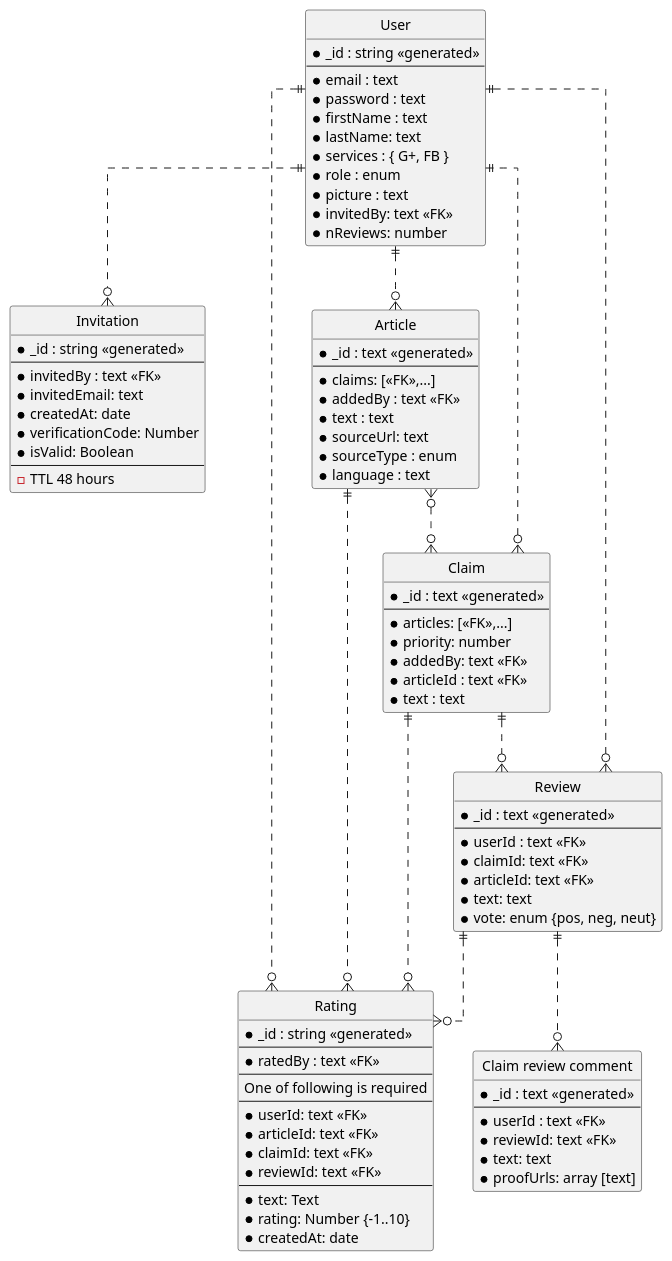
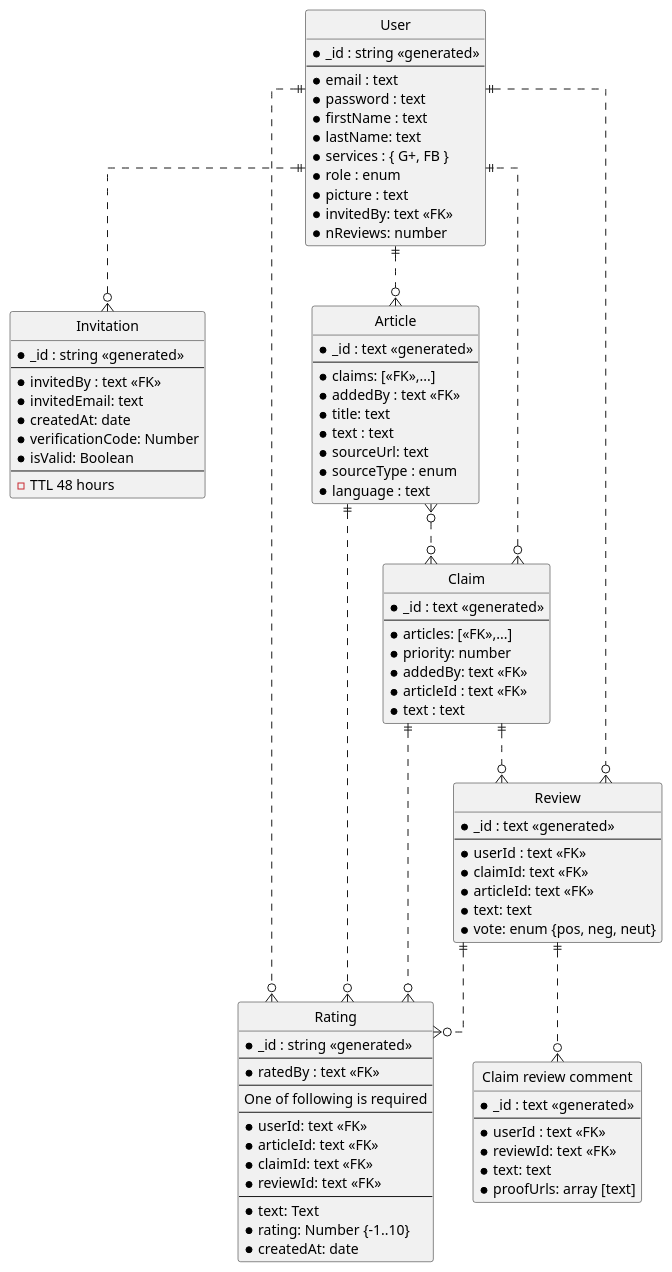
Before and after one commit to aic-factcheck/fact_checking_be: the diagram in sys_docs/entity_relations.puml, drawn with PlantUML. The commit also changed 3 other files, not shown here.

```diff
--- a/sys_docs/entity_relations.puml
+++ b/sys_docs/entity_relations.puml
@@ -1,102 +1,103 @@
 @startuml
 ' hide the spot
 hide circle
 
 ' avoid problems with angled crows feet
 skinparam linetype ortho
 
 entity "User" as user {
   *_id : string <<generated>>
   --
   *email : text
   *password : text
   *firstName : text
   *lastName: text
   *services : { G+, FB }
   *role : enum
   *picture : text
   *invitedBy: text <<FK>>
   *nReviews: number
 }
 
 entity "Invitation" as inv {
   *_id : string <<generated>>
   --
   *invitedBy : text <<FK>>
   *invitedEmail: text
   *createdAt: date
   *verificationCode: Number
   *isValid: Boolean
   --
   - TTL 48 hours
 }
 
 entity "Rating" as rating {
   *_id : string <<generated>>
   --
   *ratedBy : text <<FK>>
   --
   One of following is required
   --
   *userId: text <<FK>>
   *articleId: text <<FK>>
   *claimId: text <<FK>>
   *reviewId: text <<FK>>
   --
   *text: Text
   *rating: Number {-1..10}
   *createdAt: date
 }
 
 entity "Article" as article {
   *_id : text <<generated>>
   --
   *claims: [<<FK>>,...]
   *addedBy : text <<FK>>
+  *title: text
   *text : text
   *sourceUrl: text
   *sourceType : enum
   *language : text
 }
 
 entity "Claim" as claim {
   *_id : text <<generated>>
   --
   *articles: [<<FK>>,...]
   *priority: number
   *addedBy: text <<FK>>
   *articleId : text <<FK>>
   *text : text
 }
 
 entity "Review" as review {
   *_id : text <<generated>>
   --
   *userId : text <<FK>>
   *claimId: text <<FK>>
   *articleId: text <<FK>>
   *text: text
   *vote: enum {pos, neg, neut}
 }
 
 entity "Claim review comment" as claimReviewComment {
   *_id : text <<generated>>
   --
   *userId : text <<FK>>
   *reviewId: text <<FK>>
   *text: text
   *proofUrls: array [text] 
 }
 
 user ||..o{ article
 user ||..o{ inv
 article }o..o{ claim
 article ||..o{ rating
 user ||..o{ review
 user ||..o{ rating
 claim ||..o{ review
 claim }o..|| user
 claim ||..o{ rating
 review ||..o{ claimReviewComment
 review ||..o{ rating
 @enduml
```
